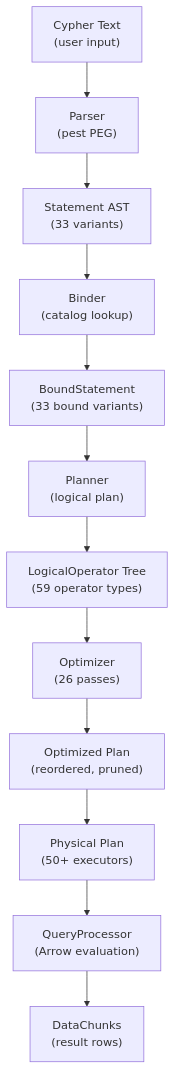
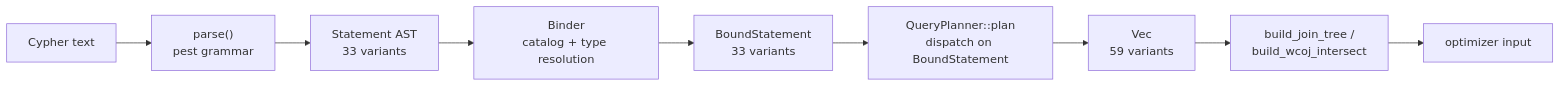
Before and after one commit to mlengse/akar: the diagram in .terrain/human/4.Deep-Exploration/query-pipeline.md, drawn with Mermaid. The commit also changed other lines of this file and 51 other files, not shown here.

````diff
--- a/.terrain/human/4.Deep-Exploration/query-pipeline.md
+++ b/.terrain/human/4.Deep-Exploration/query-pipeline.md
@@ -46,14 +40,11 @@
 ```mermaid
-flowchart TD
-    A["Cypher Text<br/>(user input)"] --> B["Parser<br/>(pest PEG)"]
-    B --> C["Statement AST<br/>(33 variants)"]
-    C --> D["Binder<br/>(catalog lookup)"]
-    D --> E["BoundStatement<br/>(33 bound variants)"]
-    E --> F["Planner<br/>(logical plan)"]
-    F --> G["LogicalOperator Tree<br/>(59 operator types)"]
-    G --> H["Optimizer<br/>(26 passes)"]
-    H --> I["Optimized Plan<br/>(reordered, pruned)"]
-    I --> J["Physical Plan<br/>(50+ executors)"]
-    J --> K["QueryProcessor<br/>(Arrow evaluation)"]
-    K --> L["DataChunks<br/>(result rows)"]
+flowchart LR
+    A["Cypher text"] --> B["parse()<br/>pest grammar"]
+    B --> C["Statement AST<br/>33 variants"]
+    C --> D["Binder<br/>catalog + type resolution"]
+    D --> E["BoundStatement<br/>33 variants"]
+    E --> F["QueryPlanner::plan<br/>dispatch on BoundStatement"]
+    F --> G["Vec<LogicalOperator><br/>59 variants"]
+    G --> H["build_join_tree /<br/>build_wcoj_intersect"]
+    H --> I["optimizer input"]
 ```
````
